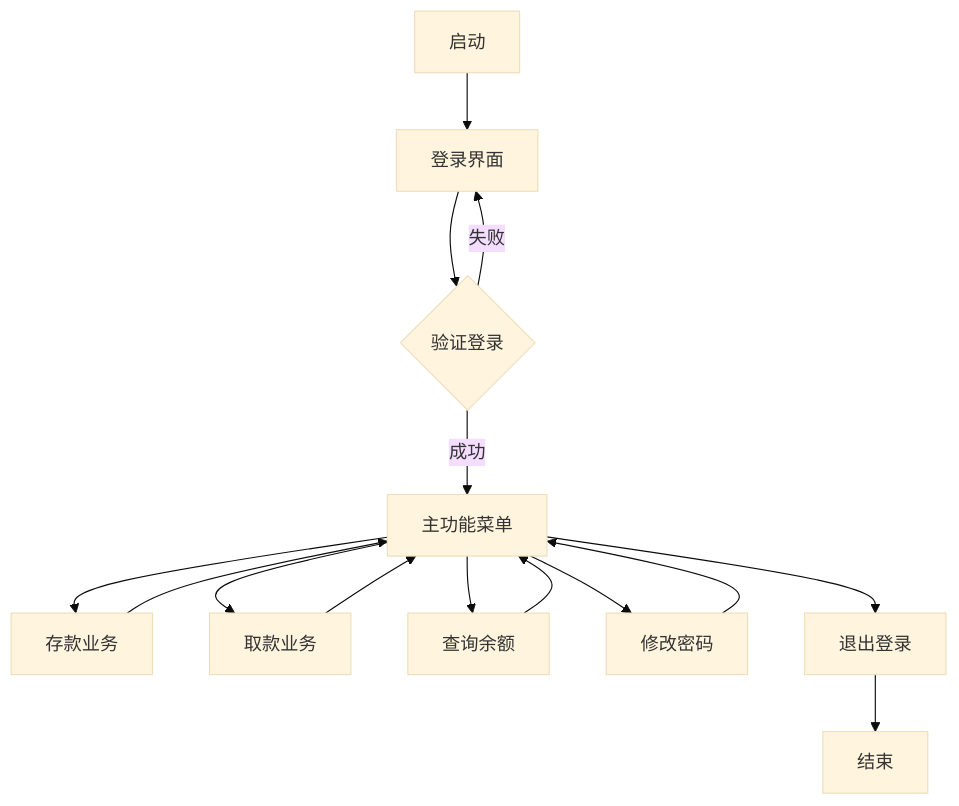
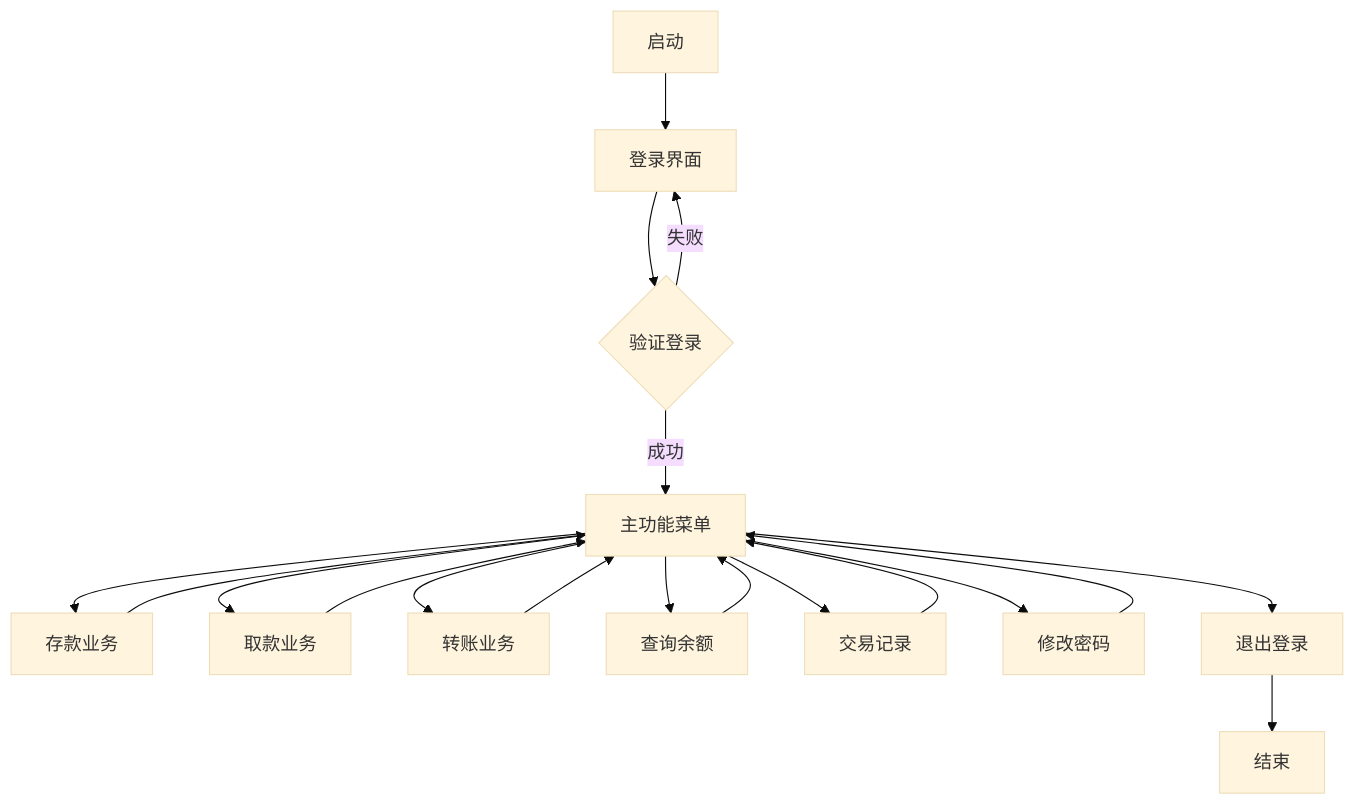
One commit to Unconnectable/atm changed the seventh of 7 diagrams in 项目文档.md. Above: the diagram before and after it, drawn with Mermaid (base theme). The commit also changed other lines of this file and 10 other files, not shown here.

````diff
--- a/项目文档.md
+++ b/项目文档.md
@@ -479,17 +580,21 @@
 ```mermaid
 flowchart TD
     S["启动"] --> L["登录界面"]
     L --> A{"验证登录"}
     A -->|"失败"| L
     A -->|"成功"| M["主功能菜单"]
     M --> D["存款业务"]
     M --> W["取款业务"]
+    M --> T["转账业务"]
     M --> B["查询余额"]
+    M --> H["交易记录"]
     M --> C["修改密码"]
     M --> O["退出登录"]
     D --> M
     W --> M
+    T --> M
     B --> M
+    H --> M
     C --> M
     O --> E["结束"]
 ```
````
